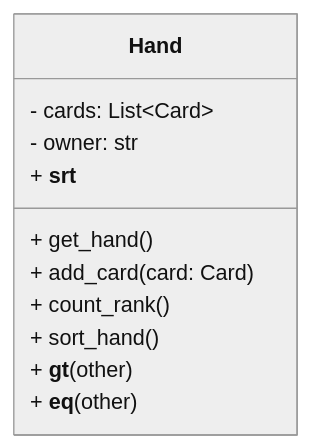
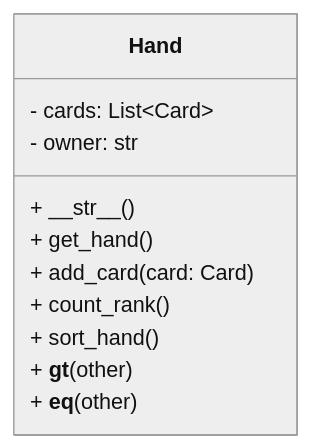
The fourth of 5 diagrams in content/new_syllabus/unit_03_oop/03_aggregation/_index.md (isf-dp-cs/isf-dp-cs.github.io), drawn with Mermaid (neutral theme) before and after one commit. The commit also changed other lines of this file and 3 other files, not shown here.

```diff
--- a/content/new_syllabus/unit_03_oop/03_aggregation/_index.md
+++ b/content/new_syllabus/unit_03_oop/03_aggregation/_index.md
@@ -236,14 +218,14 @@
 {{< mermaid >}}
 classDiagram
     class Hand {
         - cards: List~Card~
         - owner: str
-        + __srt__
+        + \_\_str__()
         + get_hand()
         + add_card(card: Card)
         + count_rank()
         + sort_hand()
         + __gt__(other)
         + __eq__(other)
     }
 {{< /mermaid >}}
```
